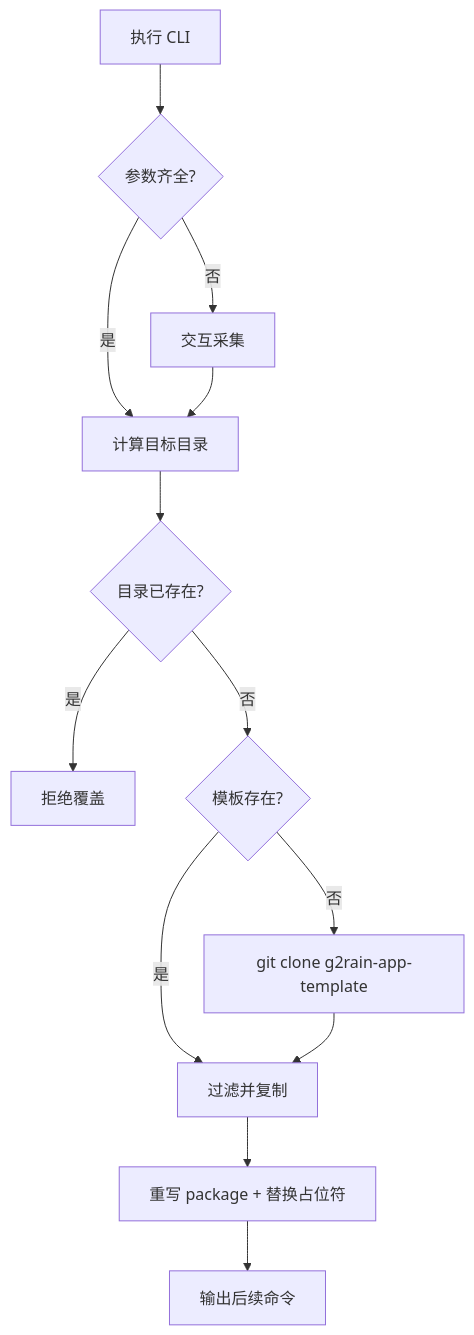
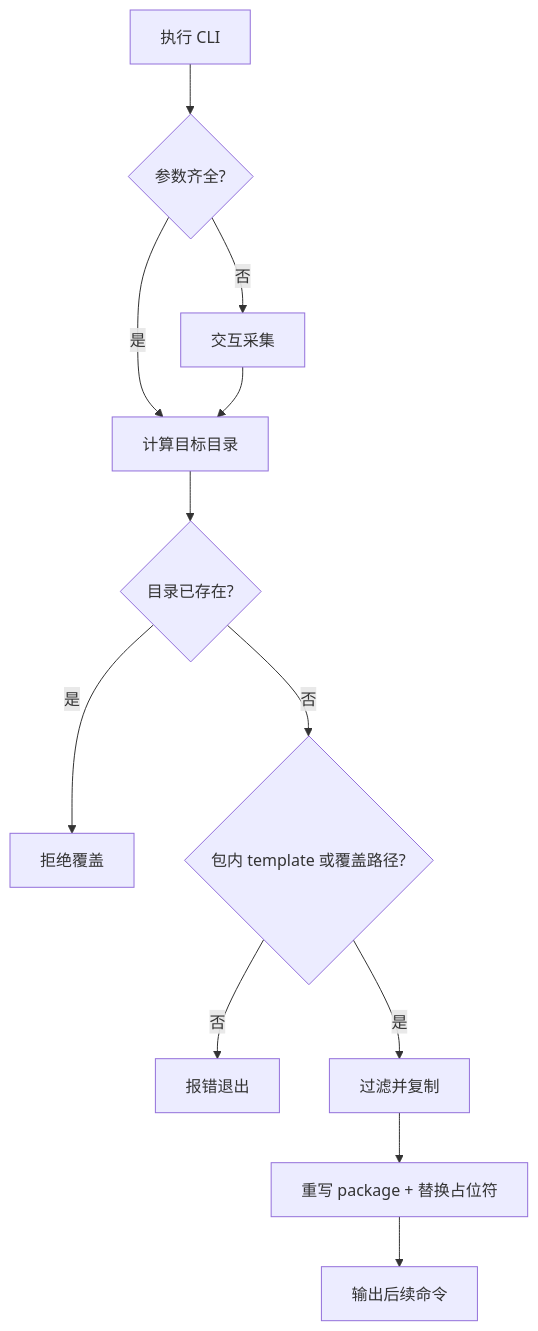
The diagram in README.md (g2rain/g2rain-app-cli), drawn with Mermaid before and after one commit. The commit also changed other lines of this file and 356 other files, not shown here.

````diff
--- a/README.md
+++ b/README.md
@@ -84,15 +108,14 @@
 ```mermaid
 flowchart TD
   CLI[执行 CLI] --> Args{参数齐全?}
   Args -->|否| Prompt[交互采集]
   Args -->|是| Target[计算目标目录]
   Prompt --> Target
   Target --> Exists{目录已存在?}
   Exists -->|是| Stop[拒绝覆盖]
-  Exists -->|否| Template{模板存在?}
-  Template -->|否| Clone[git clone g2rain-app-template]
+  Exists -->|否| Template{包内 template 或覆盖路径?}
+  Template -->|否| Fail[报错退出]
   Template -->|是| Copy[过滤并复制]
-  Clone --> Copy
   Copy --> Replace[重写 package + 替换占位符]
   Replace --> Done[输出后续命令]
 ```
````
